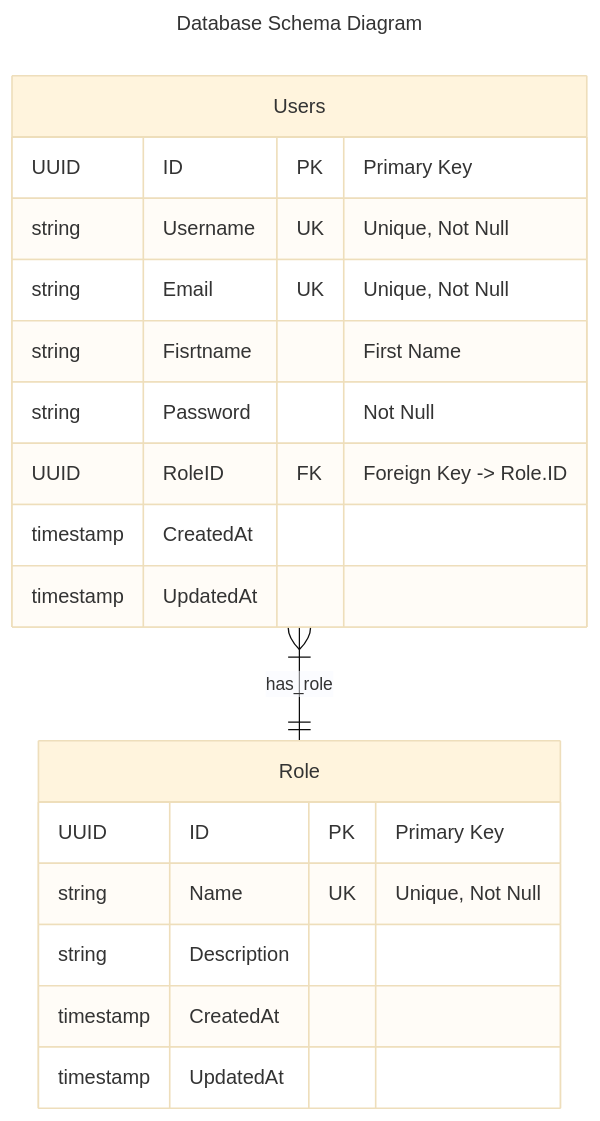
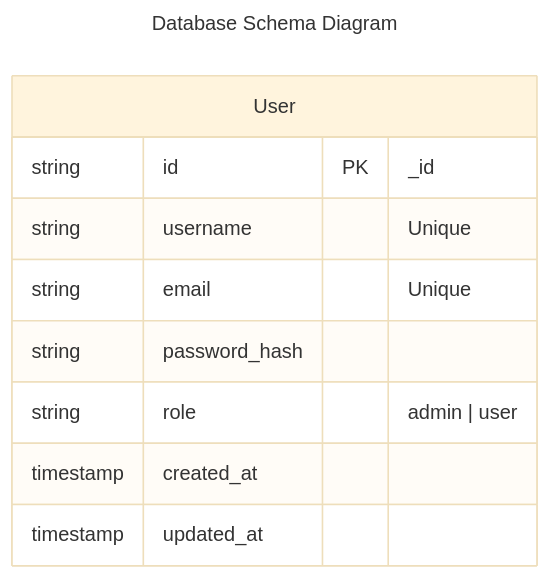
One commit to watchakorn-18k/rust-backend-standard changed the diagram in docs/database-schema.mermaid. Above: the diagram before and after it, drawn with Mermaid (base theme). The commit also changed 52 other files, not shown here.

```diff
--- a/docs/database-schema.mermaid
+++ b/docs/database-schema.mermaid
@@ -1,40 +1,28 @@
 ---
 title: Database Schema Diagram
 description: |
   ## Database schema for API Standard Backend
 
   This diagram represents the current database structure based on the internal models:
   - **User Management**: Authentication and Roles
 
 config:
     layout: elk
     er:
         diagramPadding: 25
         entityPadding: 20
         relationshipPadding: 15
         minEntityWidth: 150
         minEntityHeight: 120
 ---
 
 erDiagram
-    %% User Management Relationships
-    Users }|--|| Role : has_role
-
-    Users {
-        UUID ID PK "Primary Key"
-        string Username UK "Unique, Not Null"
-        string Email UK "Unique, Not Null"
-        string Fisrtname "First Name"
-        string Password "Not Null"
-        UUID RoleID FK "Foreign Key -> Role.ID"
-        timestamp CreatedAt
-        timestamp UpdatedAt
+    User {
+        string id PK "_id"
+        string username "Unique"
+        string email "Unique"
+        string password_hash
+        string role "admin | user"
+        timestamp created_at
+        timestamp updated_at
     }
-
-    Role {
-        UUID ID PK "Primary Key"
-        string Name UK "Unique, Not Null"
-        string Description
-        timestamp CreatedAt
-        timestamp UpdatedAt
-    }
```
